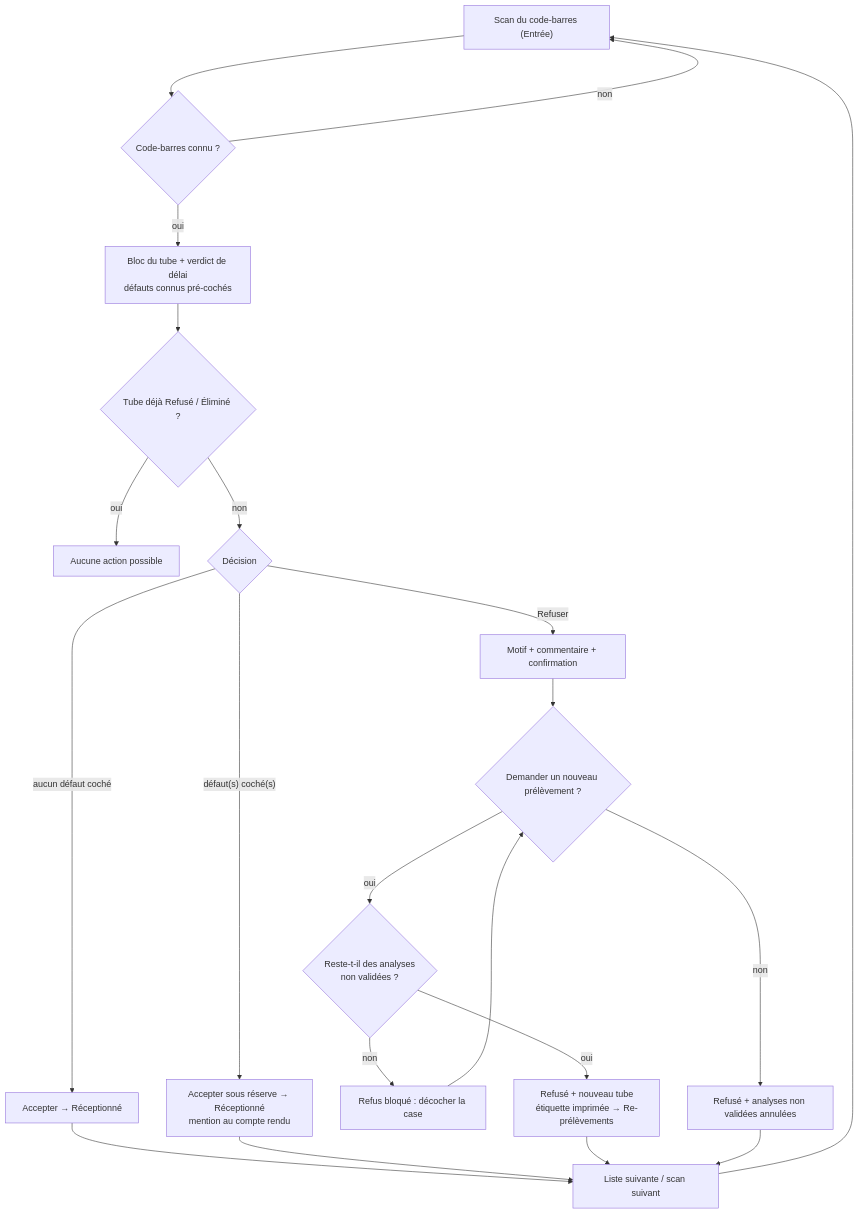
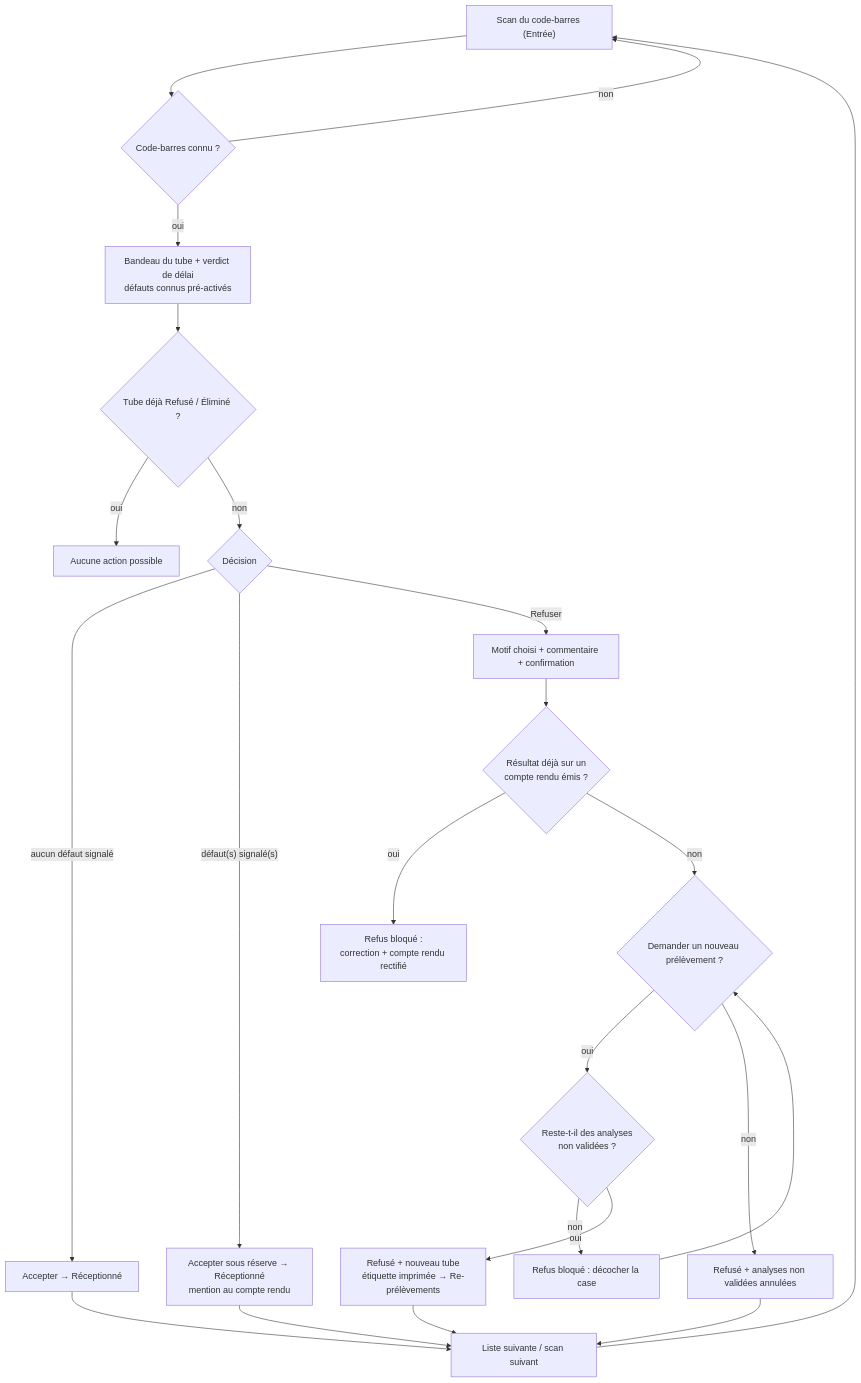
One commit to J4dJad/MarocLis changed the third of 7 diagrams in docs/manuel/02-pre-analytique.md. Above: the diagram before and after it, drawn with Mermaid. The commit also changed other lines of this file and 3 other files, not shown here.

````diff
--- a/docs/manuel/02-pre-analytique.md
+++ b/docs/manuel/02-pre-analytique.md
@@ -196,23 +239,25 @@
 ```mermaid
 flowchart TD
     A["Scan du code-barres (Entrée)"] --> B{"Code-barres connu ?"}
     B -->|"non"| A
-    B -->|"oui"| C["Bloc du tube + verdict de délai<br/>défauts connus pré-cochés"]
+    B -->|"oui"| C["Bandeau du tube + verdict de délai<br/>défauts connus pré-activés"]
     C --> D{"Tube déjà Refusé / Éliminé ?"}
     D -->|"oui"| X["Aucune action possible"]
     D -->|"non"| E{"Décision"}
-    E -->|"aucun défaut coché"| F["Accepter → Réceptionné"]
-    E -->|"défaut(s) coché(s)"| G["Accepter sous réserve → Réceptionné<br/>mention au compte rendu"]
-    E -->|"Refuser"| H["Motif + commentaire + confirmation"]
-    H --> I{"Demander un nouveau prélèvement ?"}
+    E -->|"aucun défaut signalé"| F["Accepter → Réceptionné"]
+    E -->|"défaut(s) signalé(s)"| G["Accepter sous réserve → Réceptionné<br/>mention au compte rendu"]
+    E -->|"Refuser"| H["Motif choisi + commentaire + confirmation"]
+    H --> H2{"Résultat déjà sur un<br/>compte rendu émis ?"}
+    H2 -->|"oui"| H3["Refus bloqué :<br/>correction + compte rendu rectifié"]
+    H2 -->|"non"| I{"Demander un nouveau prélèvement ?"}
     I -->|"oui"| J{"Reste-t-il des analyses<br/>non validées ?"}
     J -->|"non"| K["Refus bloqué : décocher la case"]
     K --> I
     J -->|"oui"| L["Refusé + nouveau tube<br/>étiquette imprimée → Re-prélèvements"]
     I -->|"non"| M["Refusé + analyses non validées annulées"]
     F --> N["Liste suivante / scan suivant"]
     G --> N
     L --> N
     M --> N
     N --> A
 ```
````
